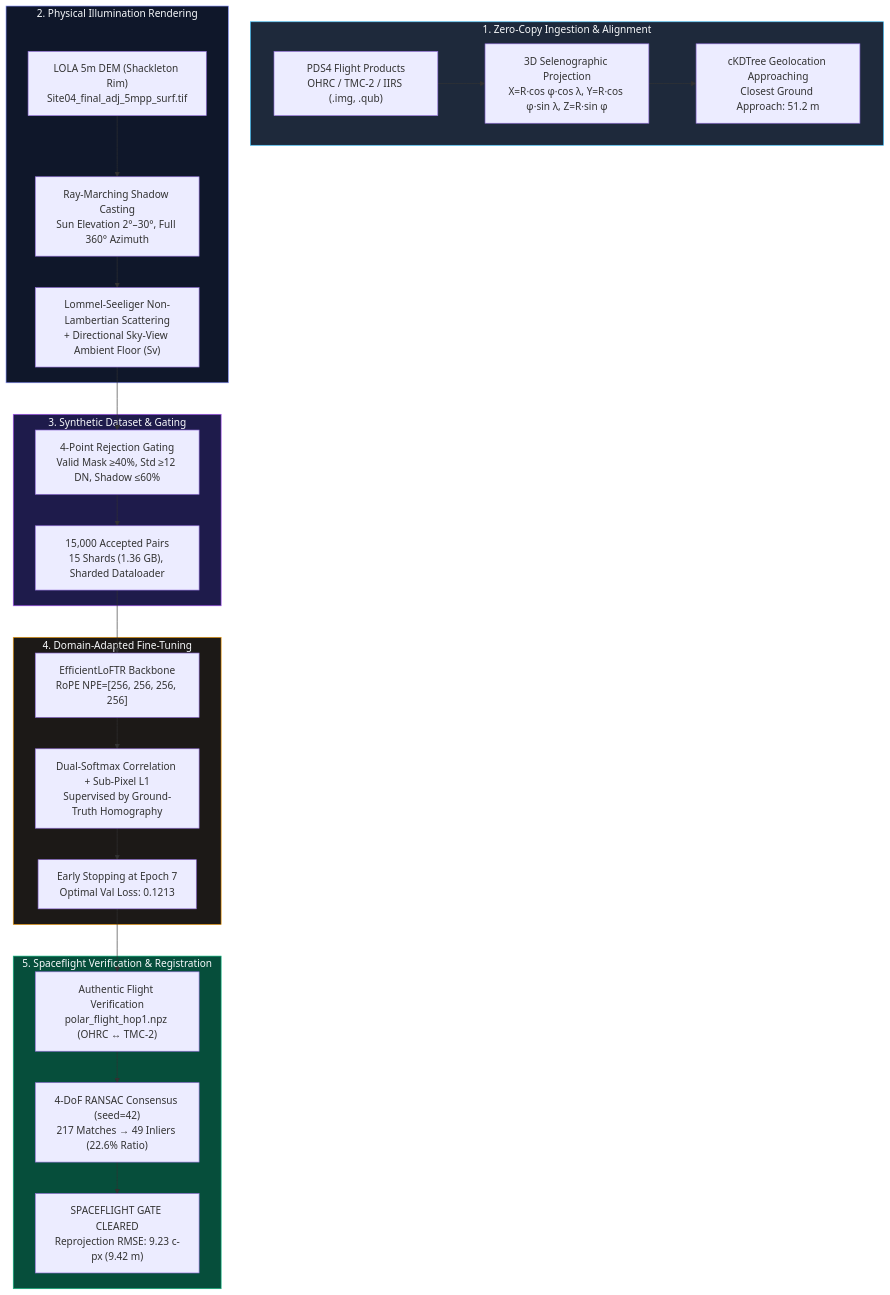
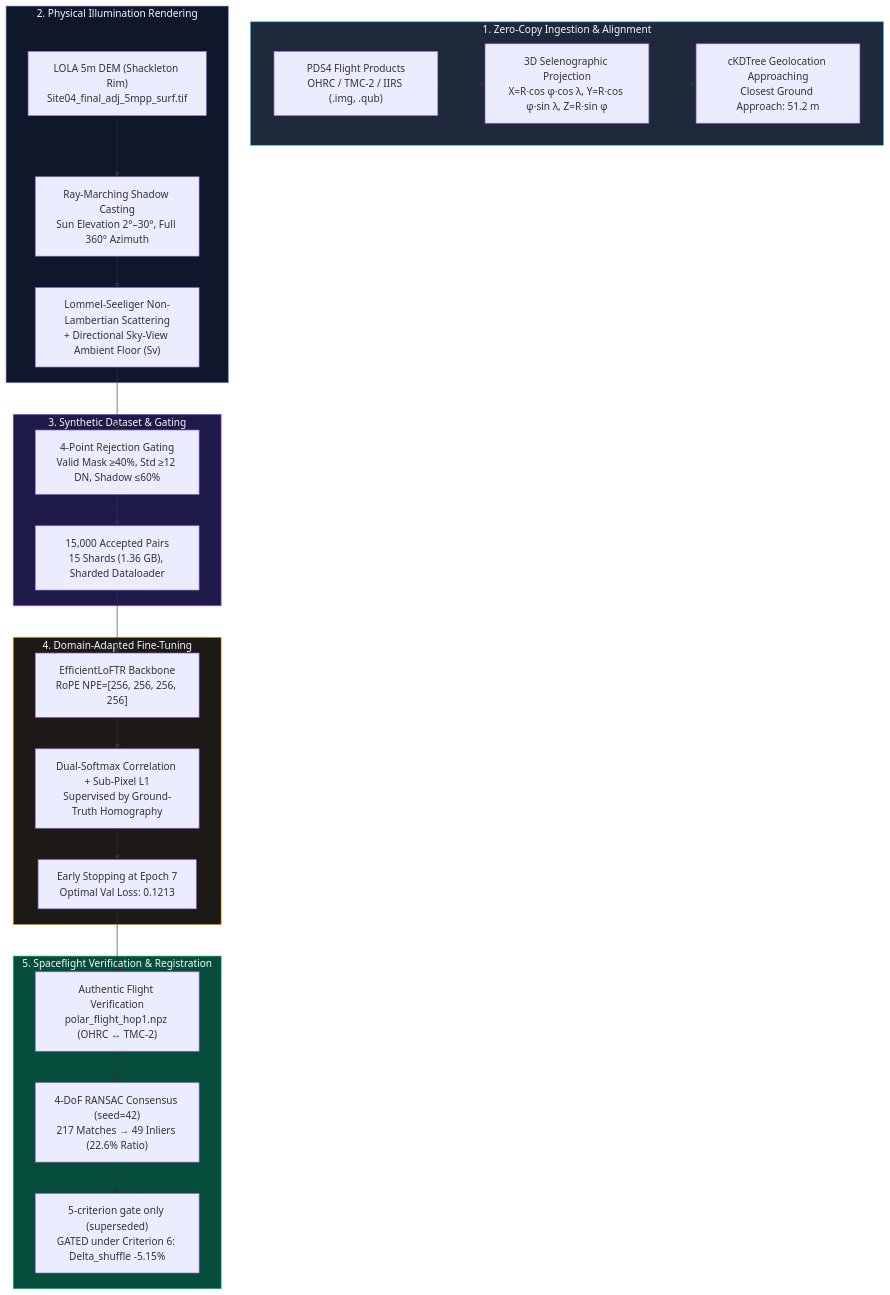
The diagram in README.md (bytes06runner/TriNetra), drawn with Mermaid before and after one commit. The commit also changed other lines of this file and 40 other files, not shown here.

````diff
--- a/README.md
+++ b/README.md
@@ -245,42 +256,42 @@
 ```mermaid
 flowchart TD
     subgraph INGESTION["1. Zero-Copy Ingestion & Alignment"]
         A1["PDS4 Flight Products<br/>OHRC / TMC-2 / IIRS (.img, .qub)"]
         A2["3D Selenographic Projection<br/>X=R·cos φ·cos λ, Y=R·cos φ·sin λ, Z=R·sin φ"]
         A3["cKDTree Geolocation Approaching<br/>Closest Ground Approach: 51.2 m"]
         A1 --> A2 --> A3
     end
 
     subgraph RENDERING["2. Physical Illumination Rendering"]
         B1["LOLA 5m DEM (Shackleton Rim)<br/>Site04_final_adj_5mpp_surf.tif"]
         B2["Ray-Marching Shadow Casting<br/>Sun Elevation 2°–30°, Full 360° Azimuth"]
         B3["Lommel-Seeliger Non-Lambertian Scattering<br/>+ Directional Sky-View Ambient Floor (Sv)"]
         B1 --> B2 --> B3
     end
 
     subgraph DATASET["3. Synthetic Dataset & Gating"]
         C1["4-Point Rejection Gating<br/>Valid Mask ≥40%, Std ≥12 DN, Shadow ≤60%"]
         C2["15,000 Accepted Pairs<br/>15 Shards (1.36 GB), Sharded Dataloader"]
         B3 --> C1 --> C2
     end
 
     subgraph TRAINING["4. Domain-Adapted Fine-Tuning"]
         D1["EfficientLoFTR Backbone<br/>RoPE NPE=[256, 256, 256, 256]"]
         D2["Dual-Softmax Correlation + Sub-Pixel L1<br/>Supervised by Ground-Truth Homography"]
         D3["Early Stopping at Epoch 7<br/>Optimal Val Loss: 0.1213"]
         C2 --> D1 --> D2 --> D3
     end
 
     subgraph VERIFICATION["5. Spaceflight Verification & Registration"]
         E1["Authentic Flight Verification<br/>polar_flight_hop1.npz (OHRC ↔ TMC-2)"]
         E2["4-DoF RANSAC Consensus (seed=42)<br/>217 Matches → 49 Inliers (22.6% Ratio)"]
-        E3["SPACEFLIGHT GATE CLEARED<br/>Reprojection RMSE: 9.23 c-px (9.42 m)"]
+        E3["5-criterion gate only (superseded)<br/>GATED under Criterion 6: Delta_shuffle -5.15%"]
         D3 --> E1 --> E2 --> E3
     end
 
     style INGESTION fill:#1e293b,stroke:#38bdf8,color:#f8fafc
     style RENDERING fill:#0f172a,stroke:#818cf8,color:#f8fafc
     style DATASET fill:#1e1b4b,stroke:#a855f7,color:#f8fafc
     style TRAINING fill:#1c1917,stroke:#f59e0b,color:#f8fafc
     style VERIFICATION fill:#064e3b,stroke:#10b981,color:#f8fafc
 ```
````
